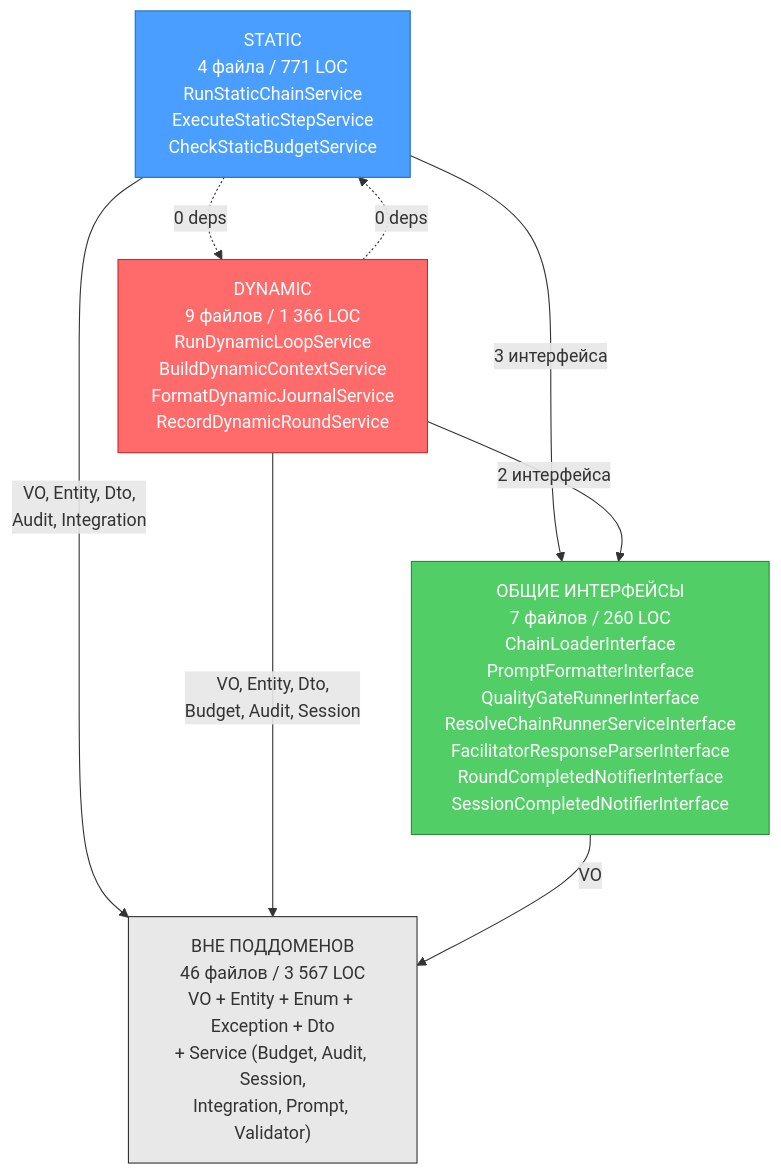
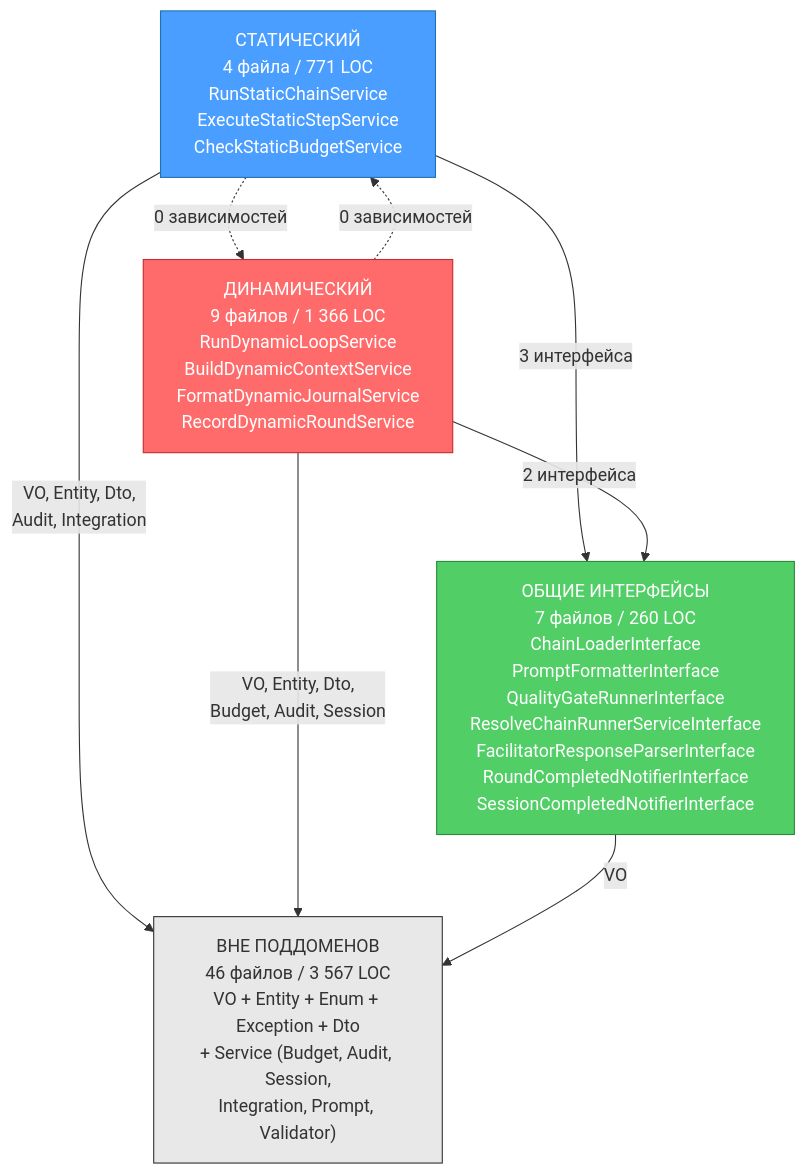
The first of 2 diagrams in docs/releases/domain-inventory-orchestrator.md (prikotov/task-orchestrator), drawn with Mermaid before and after one commit. The commit also changed other lines of this file and 40 other files, not shown here.

````diff
--- a/docs/releases/domain-inventory-orchestrator.md
+++ b/docs/releases/domain-inventory-orchestrator.md
@@ -335,22 +335,22 @@
 ```mermaid
 graph TD
     A["ВНЕ ПОДДОМЕНОВ<br/>46 файлов / 3 567 LOC<br/>VO + Entity + Enum + Exception + Dto<br/>+ Service (Budget, Audit, Session,<br/>Integration, Prompt, Validator)"]
 
-    STATIC["STATIC<br/>4 файла / 771 LOC<br/>RunStaticChainService<br/>ExecuteStaticStepService<br/>CheckStaticBudgetService"]
-    DYNAMIC["DYNAMIC<br/>9 файлов / 1 366 LOC<br/>RunDynamicLoopService<br/>BuildDynamicContextService<br/>FormatDynamicJournalService<br/>RecordDynamicRoundService"]
+    СТАТИЧЕСКИЙ["СТАТИЧЕСКИЙ<br/>4 файла / 771 LOC<br/>RunStaticChainService<br/>ExecuteStaticStepService<br/>CheckStaticBudgetService"]
+    ДИНАМИЧЕСКИЙ["ДИНАМИЧЕСКИЙ<br/>9 файлов / 1 366 LOC<br/>RunDynamicLoopService<br/>BuildDynamicContextService<br/>FormatDynamicJournalService<br/>RecordDynamicRoundService"]
     B["ОБЩИЕ ИНТЕРФЕЙСЫ<br/>7 файлов / 260 LOC<br/>ChainLoaderInterface<br/>PromptFormatterInterface<br/>QualityGateRunnerInterface<br/>ResolveChainRunnerServiceInterface<br/>FacilitatorResponseParserInterface<br/>RoundCompletedNotifierInterface<br/>SessionCompletedNotifierInterface"]
 
-    STATIC -->|"VO, Entity, Dto,<br/>Audit, Integration"| A
-    STATIC -->|"3 интерфейса"| B
-    DYNAMIC -->|"VO, Entity, Dto,<br/>Budget, Audit, Session"| A
-    DYNAMIC -->|"2 интерфейса"| B
+    СТАТИЧЕСКИЙ -->|"VO, Entity, Dto,<br/>Audit, Integration"| A
+    СТАТИЧЕСКИЙ -->|"3 интерфейса"| B
+    ДИНАМИЧЕСКИЙ -->|"VO, Entity, Dto,<br/>Budget, Audit, Session"| A
+    ДИНАМИЧЕСКИЙ -->|"2 интерфейса"| B
     B -->|"VO"| A
 
-    STATIC -.->|"0 deps"| DYNAMIC
-    DYNAMIC -.->|"0 deps"| STATIC
+    СТАТИЧЕСКИЙ -.->|"0 зависимостей"| ДИНАМИЧЕСКИЙ
+    ДИНАМИЧЕСКИЙ -.->|"0 зависимостей"| СТАТИЧЕСКИЙ
 
     style A fill:#e8e8e8,stroke:#333
-    style STATIC fill:#4a9eff,stroke:#2171b5,color:#fff
-    style DYNAMIC fill:#ff6b6b,stroke:#c92a2a,color:#fff
+    style СТАТИЧЕСКИЙ fill:#4a9eff,stroke:#2171b5,color:#fff
+    style ДИНАМИЧЕСКИЙ fill:#ff6b6b,stroke:#c92a2a,color:#fff
     style B fill:#51cf66,stroke:#2b8a3e,color:#fff
 ```
````
